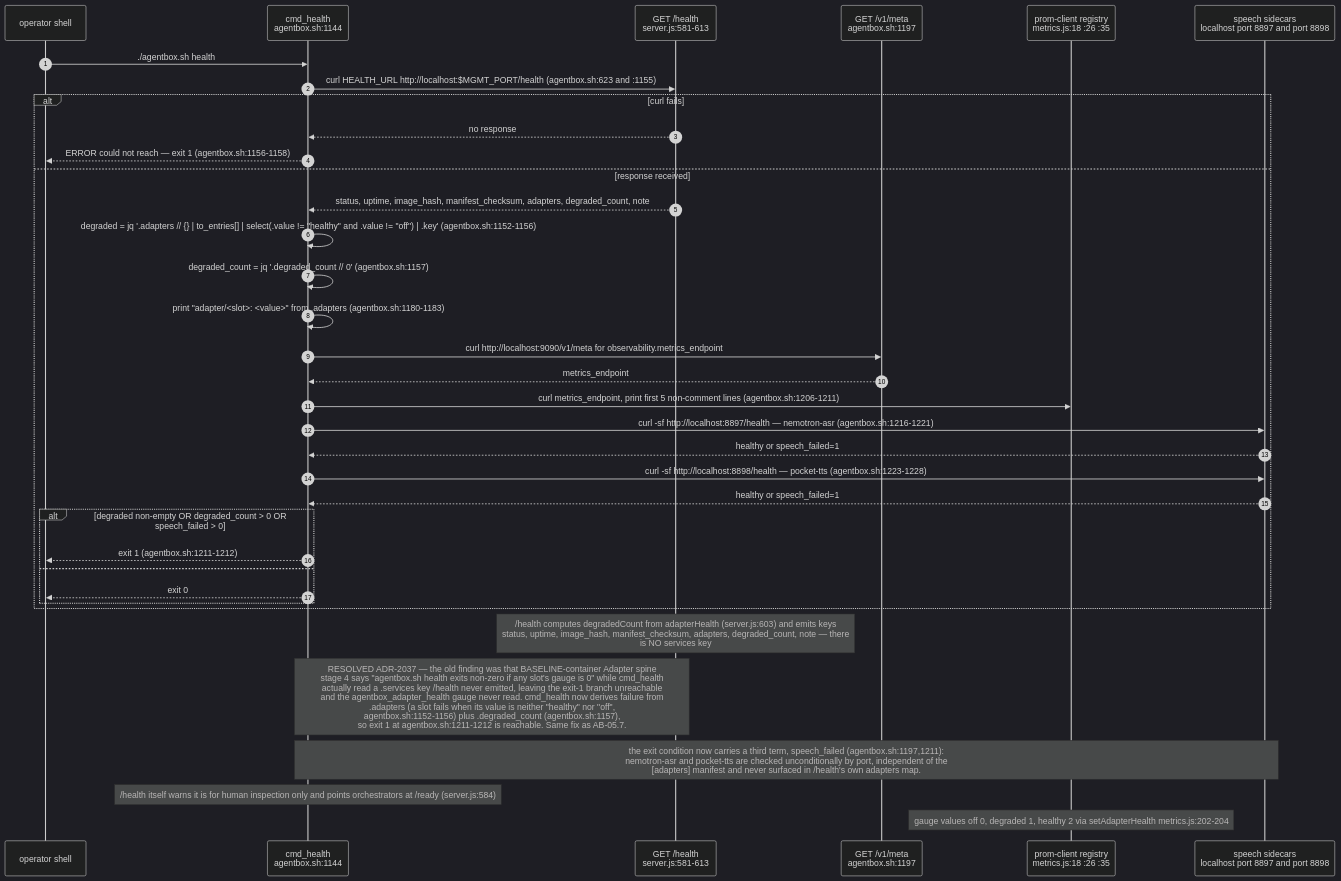
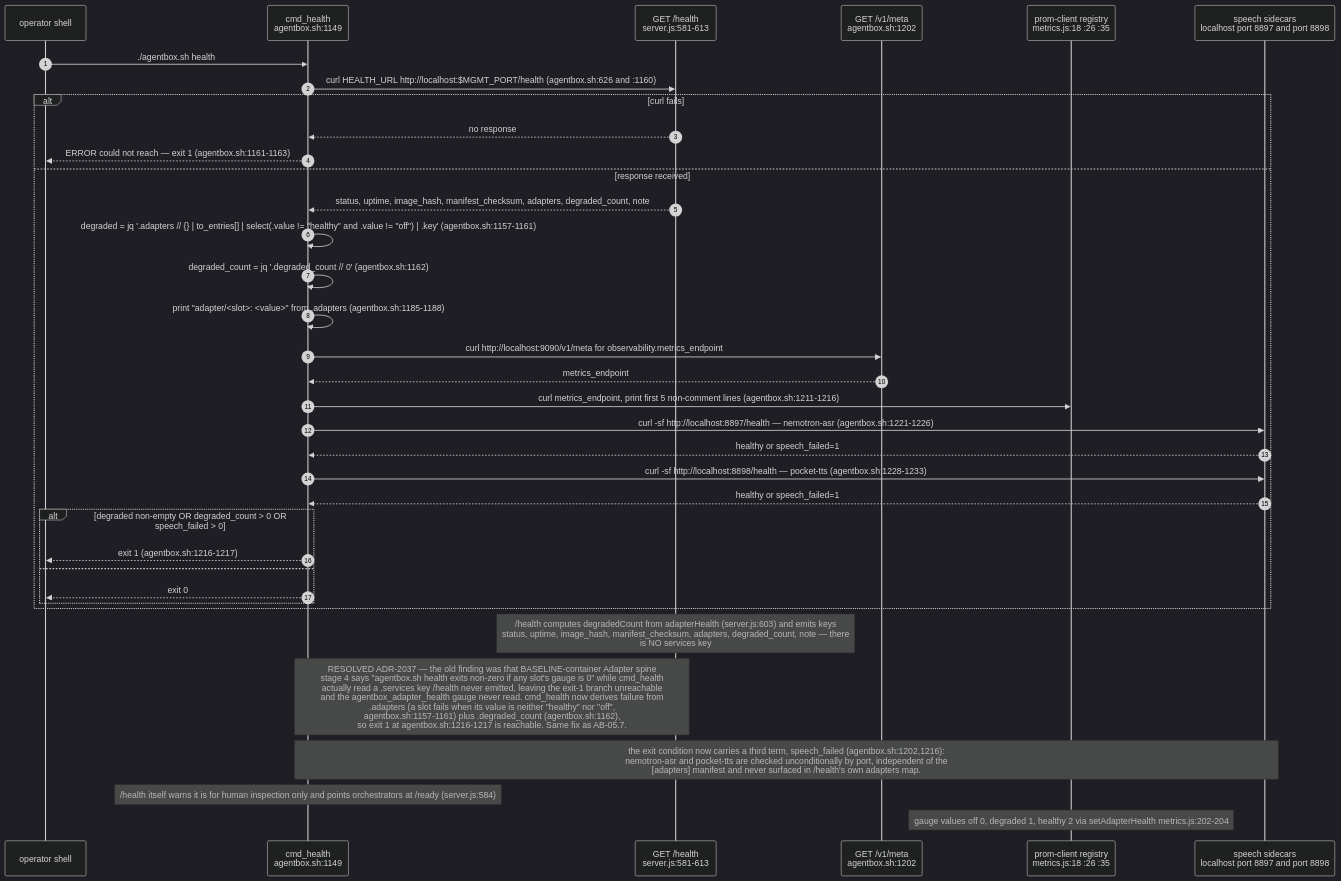
Before and after one commit to DreamLab-AI/VisionFlow: diagram 15 of 15 in docs/diagrams/agentbox/04-adapter-spine.md, drawn with Mermaid (dark theme). The commit also changed other lines of this file and 160 other files, not shown here.

````diff
--- a/docs/diagrams/agentbox/04-adapter-spine.md
+++ b/docs/diagrams/agentbox/04-adapter-spine.md
@@ -624,39 +624,39 @@
 ```mermaid
 sequenceDiagram
     autonumber
     participant OP as operator shell
-    participant SH as cmd_health<br/>agentbox.sh:1144
+    participant SH as cmd_health<br/>agentbox.sh:1149
     participant H as GET /health<br/>server.js:581-613
-    participant MT as GET /v1/meta<br/>agentbox.sh:1197
+    participant MT as GET /v1/meta<br/>agentbox.sh:1202
     participant PM as prom-client registry<br/>metrics.js:18 :26 :35
     participant SP as speech sidecars<br/>localhost port 8897 and port 8898
 
     OP->>SH: ./agentbox.sh health
-    SH->>H: curl HEALTH_URL http://localhost:$MGMT_PORT/health (agentbox.sh:623 and :1155)
+    SH->>H: curl HEALTH_URL http://localhost:$MGMT_PORT/health (agentbox.sh:626 and :1160)
     alt curl fails
         H-->>SH: no response
-        SH-->>OP: ERROR could not reach — exit 1 (agentbox.sh:1156-1158)
+        SH-->>OP: ERROR could not reach — exit 1 (agentbox.sh:1161-1163)
     else response received
         H-->>SH: status, uptime, image_hash, manifest_checksum, adapters, degraded_count, note
-        SH->>SH: degraded = jq '.adapters // {} | to_entries[] | select(.value != "healthy" and .value != "off") | .key' (agentbox.sh:1152-1156)
-        SH->>SH: degraded_count = jq '.degraded_count // 0' (agentbox.sh:1157)
-        SH->>SH: print "adapter/<slot>: <value>" from .adapters (agentbox.sh:1180-1183)
+        SH->>SH: degraded = jq '.adapters // {} | to_entries[] | select(.value != "healthy" and .value != "off") | .key' (agentbox.sh:1157-1161)
+        SH->>SH: degraded_count = jq '.degraded_count // 0' (agentbox.sh:1162)
+        SH->>SH: print "adapter/<slot>: <value>" from .adapters (agentbox.sh:1185-1188)
         SH->>MT: curl http://localhost:9090/v1/meta for observability.metrics_endpoint
         MT-->>SH: metrics_endpoint
-        SH->>PM: curl metrics_endpoint, print first 5 non-comment lines (agentbox.sh:1206-1211)
-        SH->>SP: curl -sf http://localhost:8897/health — nemotron-asr (agentbox.sh:1216-1221)
+        SH->>PM: curl metrics_endpoint, print first 5 non-comment lines (agentbox.sh:1211-1216)
+        SH->>SP: curl -sf http://localhost:8897/health — nemotron-asr (agentbox.sh:1221-1226)
         SP-->>SH: healthy or speech_failed=1
-        SH->>SP: curl -sf http://localhost:8898/health — pocket-tts (agentbox.sh:1223-1228)
+        SH->>SP: curl -sf http://localhost:8898/health — pocket-tts (agentbox.sh:1228-1233)
         SP-->>SH: healthy or speech_failed=1
         alt degraded non-empty OR degraded_count > 0 OR speech_failed > 0
-            SH-->>OP: exit 1 (agentbox.sh:1211-1212)
+            SH-->>OP: exit 1 (agentbox.sh:1216-1217)
         else
             SH-->>OP: exit 0
         end
     end
     Note over H: /health computes degradedCount from adapterHealth (server.js:603) and emits keys<br/>status, uptime, image_hash, manifest_checksum, adapters, degraded_count, note — there<br/>is NO services key
-    Note over SH,H: RESOLVED ADR-2037 — the old finding was that BASELINE-container Adapter spine<br/>stage 4 says "agentbox.sh health exits non-zero if any slot's gauge is 0" while cmd_health<br/>actually read a .services key /health never emitted, leaving the exit-1 branch unreachable<br/>and the agentbox_adapter_health gauge never read. cmd_health now derives failure from<br/>.adapters (a slot fails when its value is neither "healthy" nor "off",<br/>agentbox.sh:1152-1156) plus .degraded_count (agentbox.sh:1157),<br/>so exit 1 at agentbox.sh:1211-1212 is reachable. Same fix as AB-05.7.
-    Note over SH,SP: the exit condition now carries a third term, speech_failed (agentbox.sh:1197,1211):<br/>nemotron-asr and pocket-tts are checked unconditionally by port, independent of the<br/>[adapters] manifest and never surfaced in /health's own adapters map.
+    Note over SH,H: RESOLVED ADR-2037 — the old finding was that BASELINE-container Adapter spine<br/>stage 4 says "agentbox.sh health exits non-zero if any slot's gauge is 0" while cmd_health<br/>actually read a .services key /health never emitted, leaving the exit-1 branch unreachable<br/>and the agentbox_adapter_health gauge never read. cmd_health now derives failure from<br/>.adapters (a slot fails when its value is neither "healthy" nor "off",<br/>agentbox.sh:1157-1161) plus .degraded_count (agentbox.sh:1162),<br/>so exit 1 at agentbox.sh:1216-1217 is reachable. Same fix as AB-05.7.
+    Note over SH,SP: the exit condition now carries a third term, speech_failed (agentbox.sh:1202,1216):<br/>nemotron-asr and pocket-tts are checked unconditionally by port, independent of the<br/>[adapters] manifest and never surfaced in /health's own adapters map.
     Note over SH: /health itself warns it is for human inspection only and points orchestrators at /ready (server.js:584)
     Note over PM: gauge values off 0, degraded 1, healthy 2 via setAdapterHealth metrics.js:202-204
 ```
````
